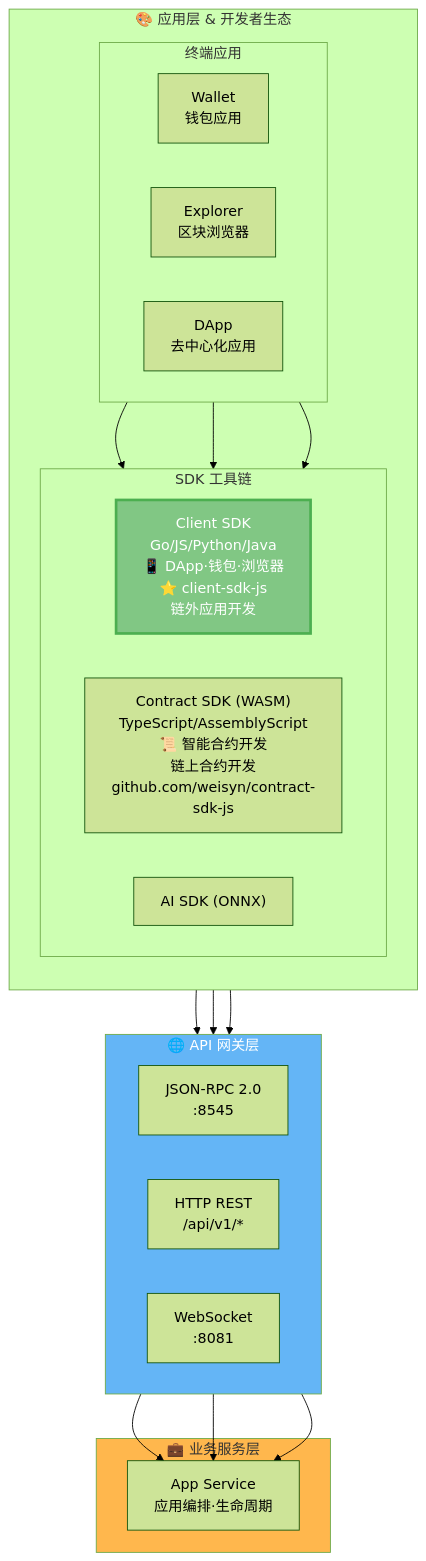
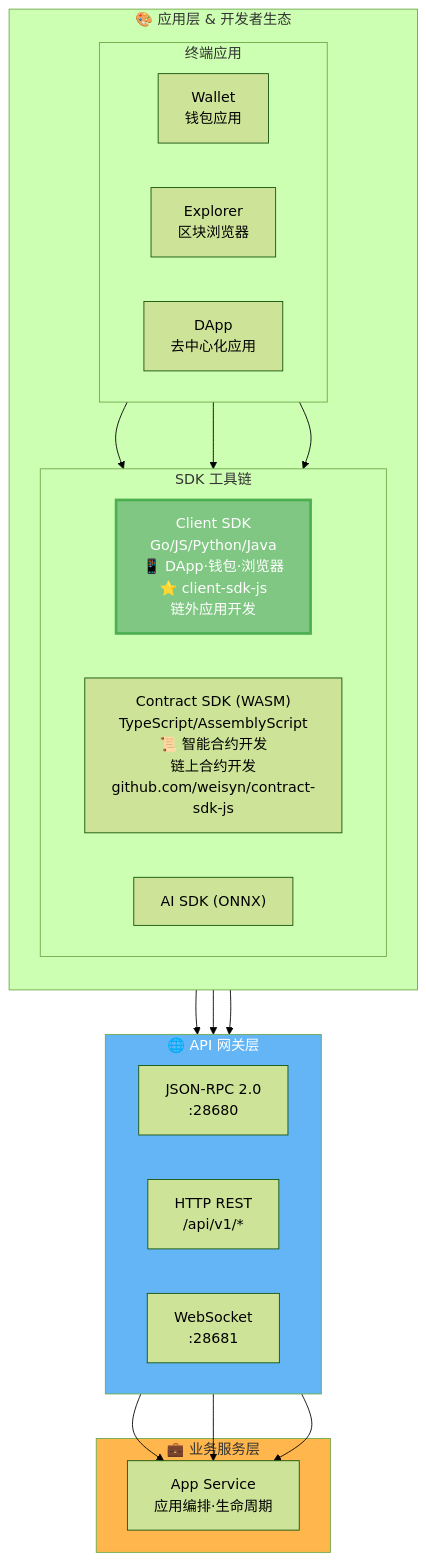
Before and after one commit to weisyn/client-sdk-js: the first of 2 diagrams in README.md, drawn with Mermaid (forest theme). The commit also changed other lines of this file and 18 other files, not shown here.

````diff
--- a/README.md
+++ b/README.md
@@ -230,45 +230,45 @@
 ```mermaid
 graph TB
     subgraph DEV_ECOSYSTEM["🎨 应用层 & 开发者生态"]
         direction TB
         subgraph SDK_LAYER["SDK 工具链"]
             direction LR
             CLIENT_SDK["Client SDK<br/>Go/JS/Python/Java<br/>📱 DApp·钱包·浏览器<br/>⭐ client-sdk-js<br/>链外应用开发"]
             CONTRACT_SDK["Contract SDK (WASM)<br/>TypeScript/AssemblyScript<br/>📜 智能合约开发<br/>链上合约开发<br/>github.com/weisyn/contract-sdk-js"]
             AI_SDK["AI SDK (ONNX)"]
         end
         subgraph END_USER_APPS["终端应用"]
             direction LR
             WALLET_APP["Wallet<br/>钱包应用"]
             EXPLORER["Explorer<br/>区块浏览器"]
             DAPP["DApp<br/>去中心化应用"]
         end
     end
     
     subgraph API_GATEWAY["🌐 API 网关层"]
         direction LR
-        JSONRPC["JSON-RPC 2.0<br/>:8545"]
+        JSONRPC["JSON-RPC 2.0<br/>:28680"]
         HTTP["HTTP REST<br/>/api/v1/*"]
-        WS["WebSocket<br/>:8081"]
+        WS["WebSocket<br/>:28681"]
     end
     
     subgraph BIZ_LAYER["💼 业务服务层"]
         APP_SVC["App Service<br/>应用编排·生命周期"]
     end
     
     WALLET_APP --> CLIENT_SDK
     EXPLORER --> CLIENT_SDK
     DAPP --> CLIENT_SDK
     
     CLIENT_SDK --> JSONRPC
     CLIENT_SDK --> HTTP
     CLIENT_SDK --> WS
     
     JSONRPC --> APP_SVC
     HTTP --> APP_SVC
     WS --> APP_SVC
     
     style CLIENT_SDK fill:#81C784,color:#fff,stroke:#4CAF50,stroke-width:3px
     style API_GATEWAY fill:#64B5F6,color:#fff
     style BIZ_LAYER fill:#FFB74D,color:#333
 ```
````
